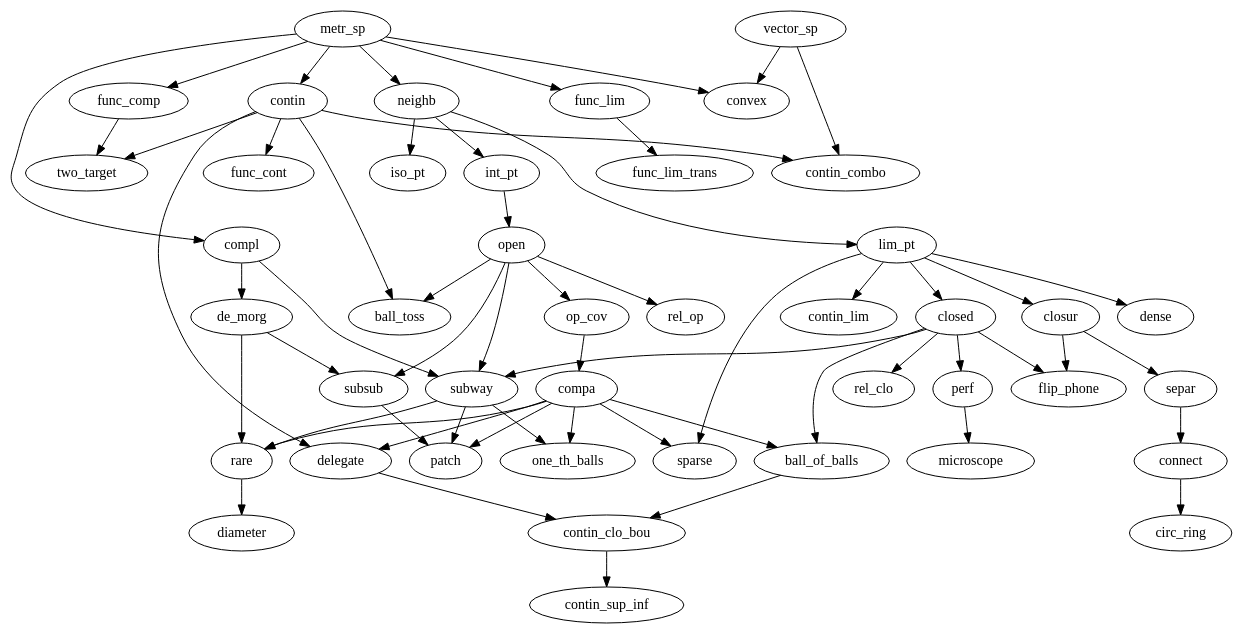
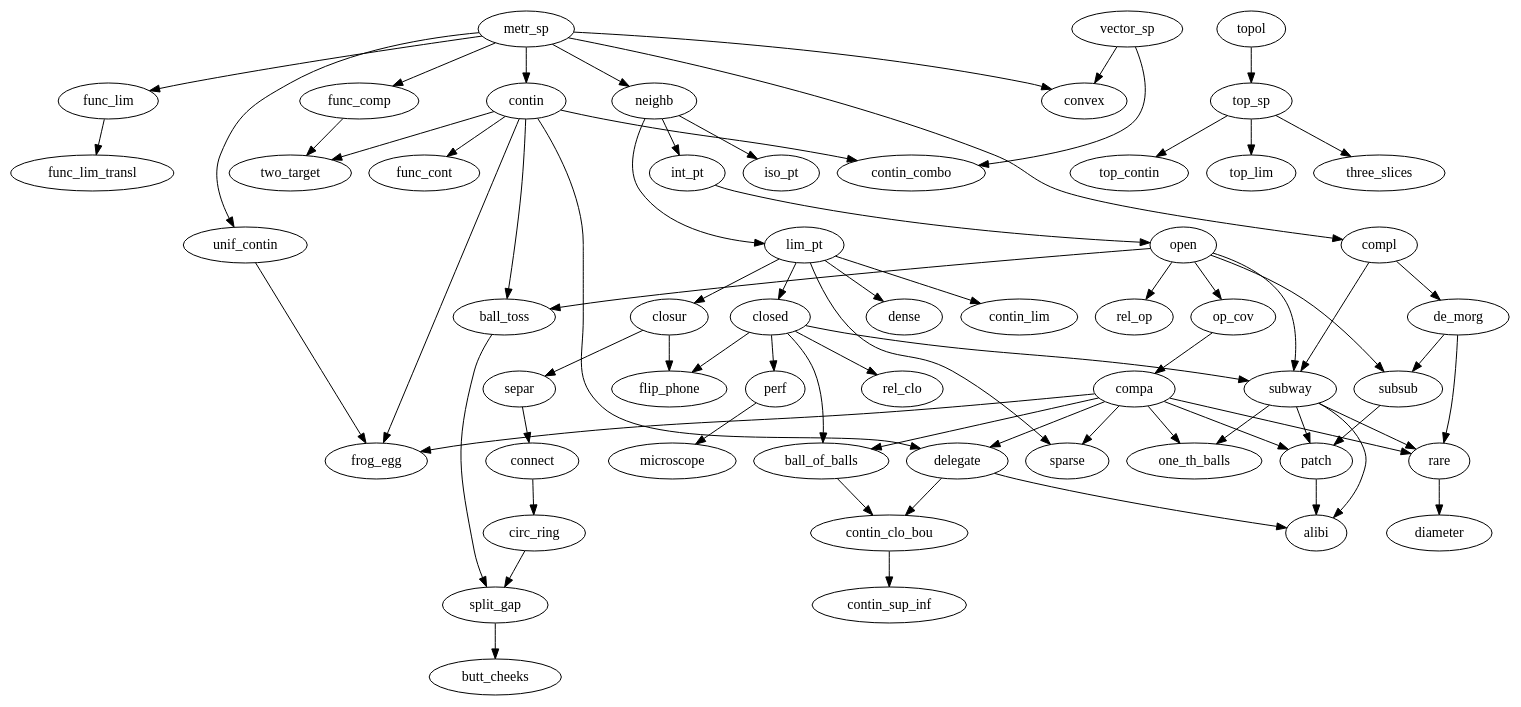
One commit to naveenvpai/real_analysis changed the diagram in topology.gv. Above: the diagram before and after it, drawn with Graphviz. The commit also changed 1 other file, not shown here.

Commit message:
Add top_sp

```diff
--- a/topology.gv
+++ b/topology.gv
@@ -1,81 +1,100 @@
 digraph G {
   metr_sp -> neighb;
   metr_sp -> compl;
   neighb -> int_pt;
   neighb -> lim_pt;
   neighb -> iso_pt;
   int_pt -> open;
   lim_pt -> closed;
   lim_pt -> closur;
   lim_pt -> dense;
   closed -> perf;
   closed -> rel_clo;
   open -> rel_op;
   open-> op_cov;
   op_cov -> compa;
   compl -> de_morg;
   compl -> subway;
   open -> subway;
   closed -> subway;
   subway -> one_th_balls;
   compa -> one_th_balls;
   open -> subsub;
   de_morg -> subsub;
   subsub -> patch;
   compa -> patch;
   subway -> patch;
   closed -> flip_phone;
   closur -> flip_phone;
   compa -> rare;
   subway -> rare;
   de_morg -> rare;
   compa -> sparse;
   lim_pt -> sparse;
   rare -> diameter;
   vector_sp -> convex;
   metr_sp -> convex;
   closur -> separ;
   separ -> connect;
   connect -> circ_ring;
   metr_sp -> func_lim;
   metr_sp -> contin;
   perf -> microscope;
-  func_lim -> func_lim_trans;
+  func_lim -> func_lim_transl;
   contin -> func_cont;
   metr_sp -> func_comp;
   contin -> two_target;
   func_comp -> two_target;
   open -> ball_toss;
   contin -> ball_toss;
   lim_pt -> contin_lim;
   contin -> contin_combo;
   vector_sp -> contin_combo;
   compa -> ball_of_balls;
   closed -> ball_of_balls;
   compa -> delegate;
   contin -> delegate;
   ball_of_balls -> contin_clo_bou;
   delegate -> contin_clo_bou;
   contin_clo_bou -> contin_sup_inf;
+  delegate -> alibi
+  patch -> alibi
+  subway -> alibi
+  metr_sp -> unif_contin
+  unif_contin -> frog_egg
+  compa -> frog_egg
+  contin -> frog_egg
+  circ_ring -> split_gap
+  ball_toss -> split_gap
+  split_gap -> butt_cheeks
+  topol -> top_sp
+  top_sp -> top_contin
+  top_sp -> top_lim
+  top_sp -> three_slices
 }
 
 /*
  * de_morg = De Morgan's Law
  * subway = Complement of Open Sets is Closed
  * one_th_balls = Compact Sets are Closed
  * subsub = Union/Intersection of Open/Closed Sets
  * patch = Closed subsets of compact sets are compact
  * flip_phone = Characterization of Closure
  * rare = Infinite Intersection of Compact Sets Nonempty when Finite Intersection Always Nonempty
  * sparse = Compact sets are Sequentially compact
  * microscope = Cantor 1/3 set is perfect
  * circ_ring = Characterization of Connected Sets
  * two_target = Composition of Partially Continuous Function is Partially Continuous
  * ball_toss = Continuous iff preimage of open sets are open
  * delegate = Continuous mpas preserve compactness
  * contin_lim = Continuous maps preserve limits
  * contin_combo = Combos of continuous maps are continuous
  * ball_of_balls = Compact implies closed and bounded
  * contin_clo_bou = Continuous func image of compact set is closed and bounded;
  * contin_sup_inf = Continuous func achieves inf and sup on compact set
+ * alibi = 1-to-1 map from compact metric space preserves open sets
+ * frog_egg = continuous map from a compact metric space is uniformly continuous
+ * split_gap = continuous maps preserve connectedness
+ * butt_cheeks = intermediate value theorem
+ * three_slices = extended reals topology makes R compact
  * */
```
